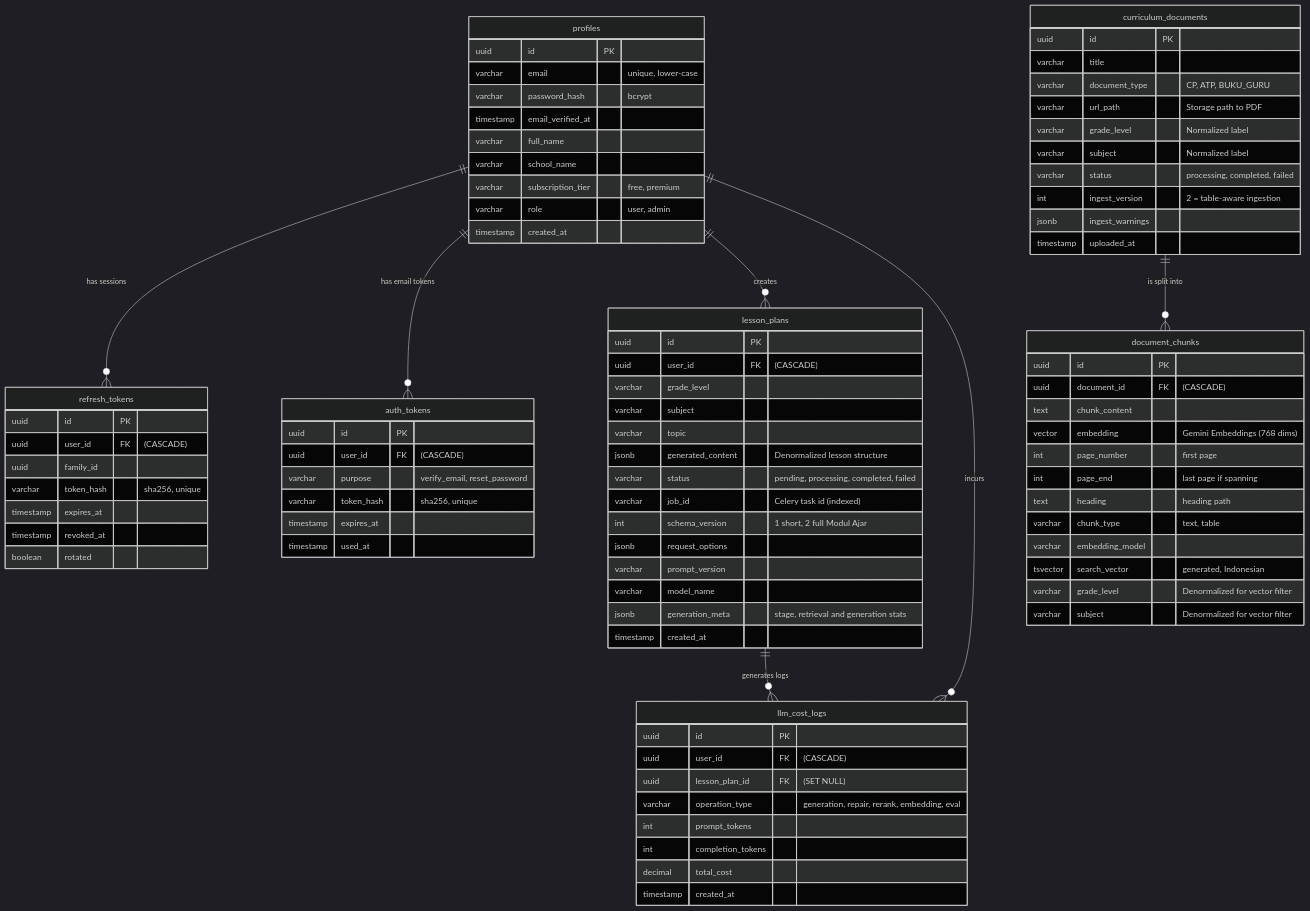
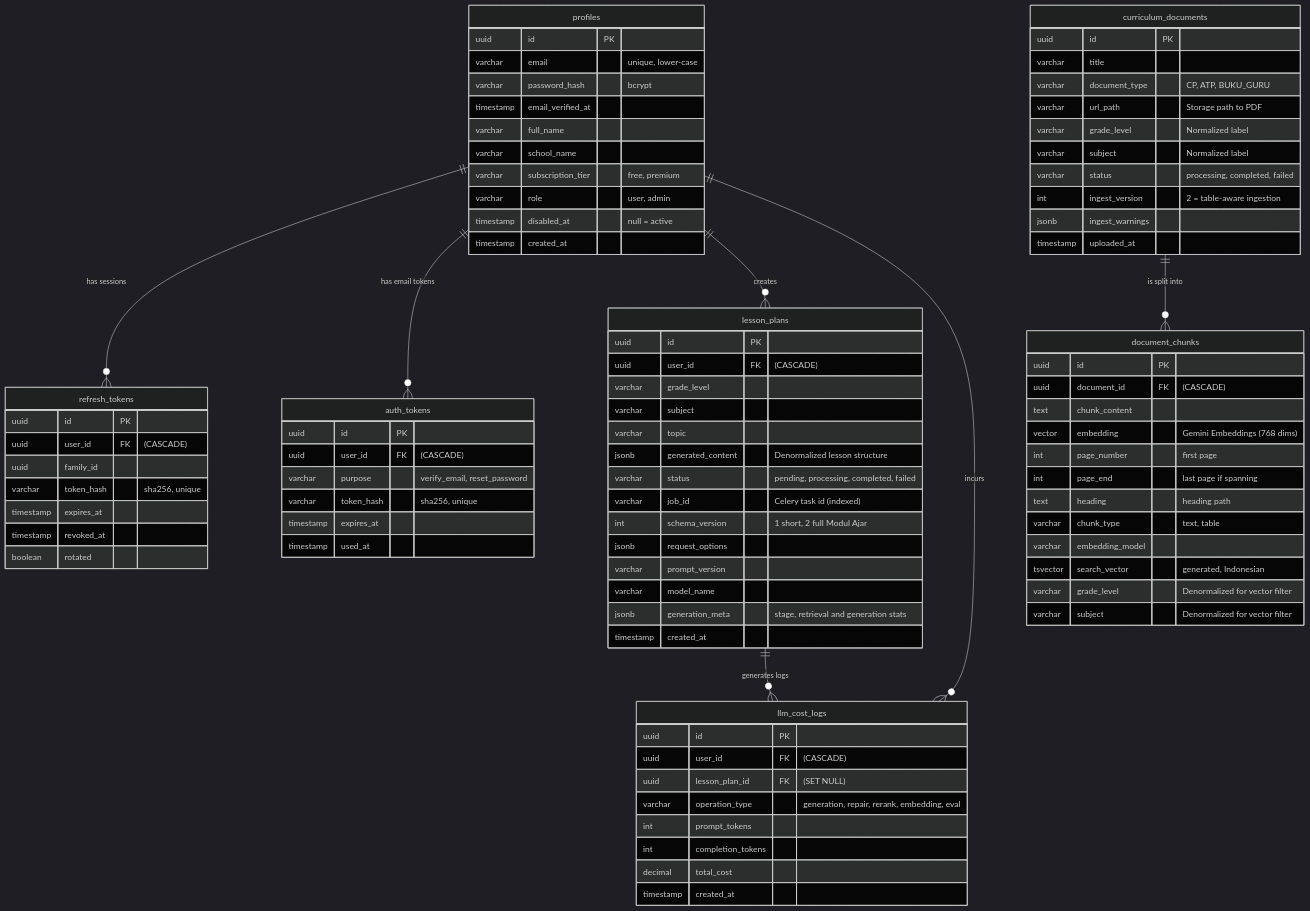
One commit to ahmadammarm/sarpebe changed the diagram in docs/database.md. Above: the diagram before and after it, drawn with Mermaid (dark theme). The commit also changed other lines of this file and 16 other files, not shown here.

```diff
--- a/docs/database.md
+++ b/docs/database.md
@@ -24,6 +24,7 @@
         varchar school_name
         varchar subscription_tier "free, premium"
         varchar role "user, admin"
+        timestamp disabled_at "null = active"
         timestamp created_at
     }
 
```
